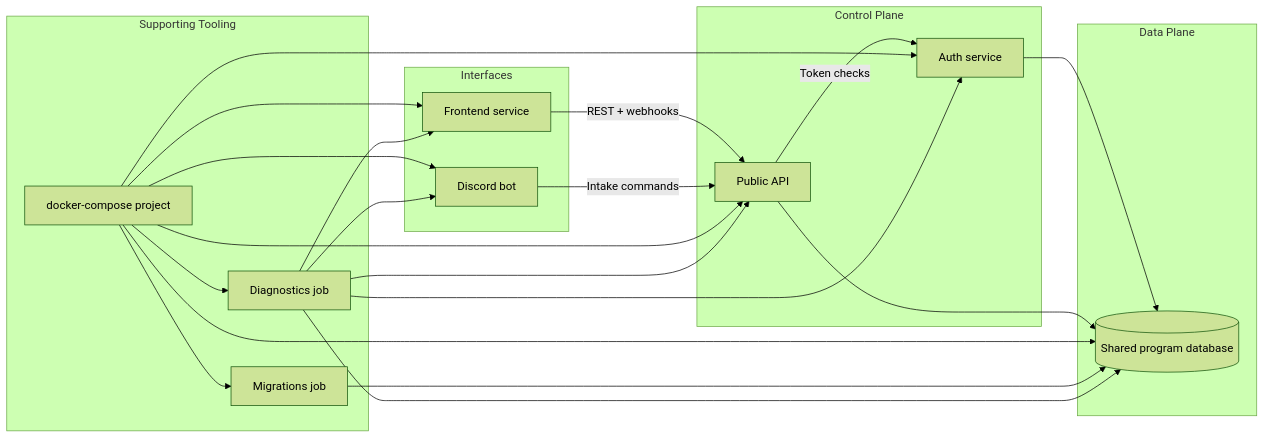
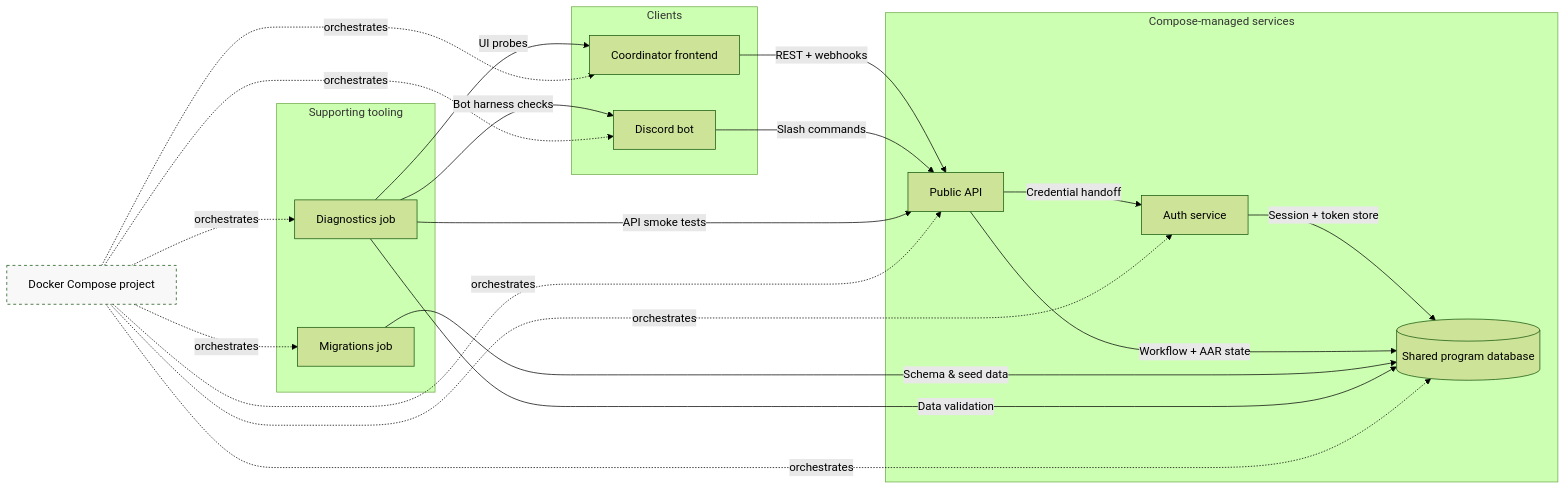
Before and after one commit to reesey275/Reesey275: the diagram in projects/devonboarder/docs/architecture.md, drawn with Mermaid (forest theme). The commit also changed other lines of this file, not shown here.

Commit message:
docs(devonboarder): refine architecture overview

````diff
--- a/projects/devonboarder/docs/architecture.md
+++ b/projects/devonboarder/docs/architecture.md
@@ -10,43 +10,42 @@
 ```mermaid
 flowchart LR
-    subgraph Interfaces
-        Frontend[Frontend service]
+    classDef orchestrator stroke-dasharray: 4 4, fill:#f8f8f8;
+
+    subgraph Clients
+        Frontend[Coordinator frontend]
         DiscordBot[Discord bot]
     end
 
-    subgraph Control Plane
+    subgraph CoreServices[Compose-managed services]
         API[Public API]
         Auth[Auth service]
-    end
-
-    subgraph Data Plane
         DB[(Shared program database)]
     end
 
-    subgraph Supporting Tooling
-        Compose[docker-compose project]
+    subgraph Tooling[Supporting tooling]
         Migrations[Migrations job]
         Diagnostics[Diagnostics job]
     end
 
+    Compose[Docker Compose project]:::orchestrator
+
     Frontend -->|REST + webhooks| API
-    DiscordBot -->|Intake commands| API
-    API -->|Token checks| Auth
-    Auth --> DB
-    API --> DB
+    DiscordBot -->|Slash commands| API
+    API -->|Credential handoff| Auth
+    Auth -->|Session + token store| DB
+    API -->|Workflow + AAR state| DB
 
-    Compose --> Frontend
-    Compose --> DiscordBot
-    Compose --> API
-    Compose --> Auth
-    Compose --> DB
-    Compose --> Migrations
-    Compose --> Diagnostics
+    Migrations -->|Schema & seed data| DB
+    Diagnostics -->|API smoke tests| API
+    Diagnostics -->|Bot harness checks| DiscordBot
+    Diagnostics -->|UI probes| Frontend
+    Diagnostics -->|Data validation| DB
 
-    Migrations --> DB
-    Diagnostics --> Frontend
-    Diagnostics --> DiscordBot
-    Diagnostics --> API
-    Diagnostics --> Auth
-    Diagnostics --> DB
+    Compose -. orchestrates .-> Frontend
+    Compose -. orchestrates .-> DiscordBot
+    Compose -. orchestrates .-> API
+    Compose -. orchestrates .-> Auth
+    Compose -. orchestrates .-> DB
+    Compose -. orchestrates .-> Migrations
+    Compose -. orchestrates .-> Diagnostics
 ```
````
